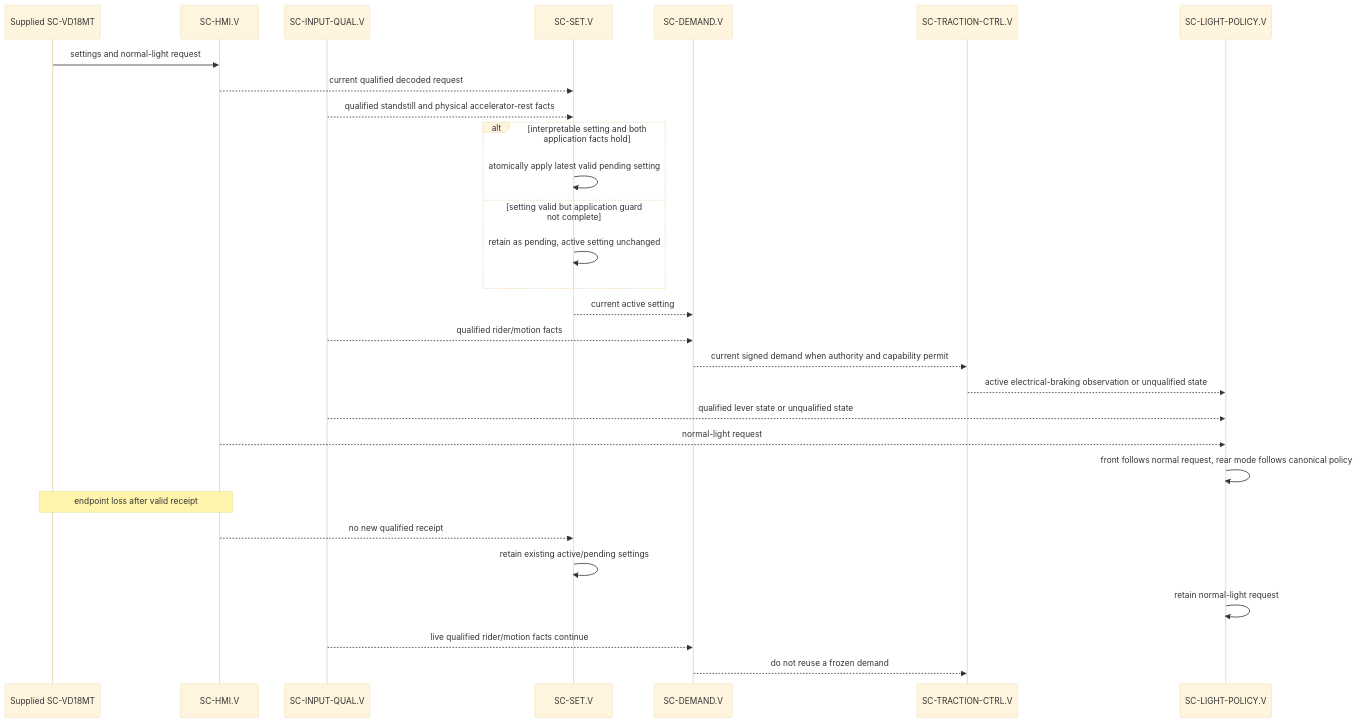
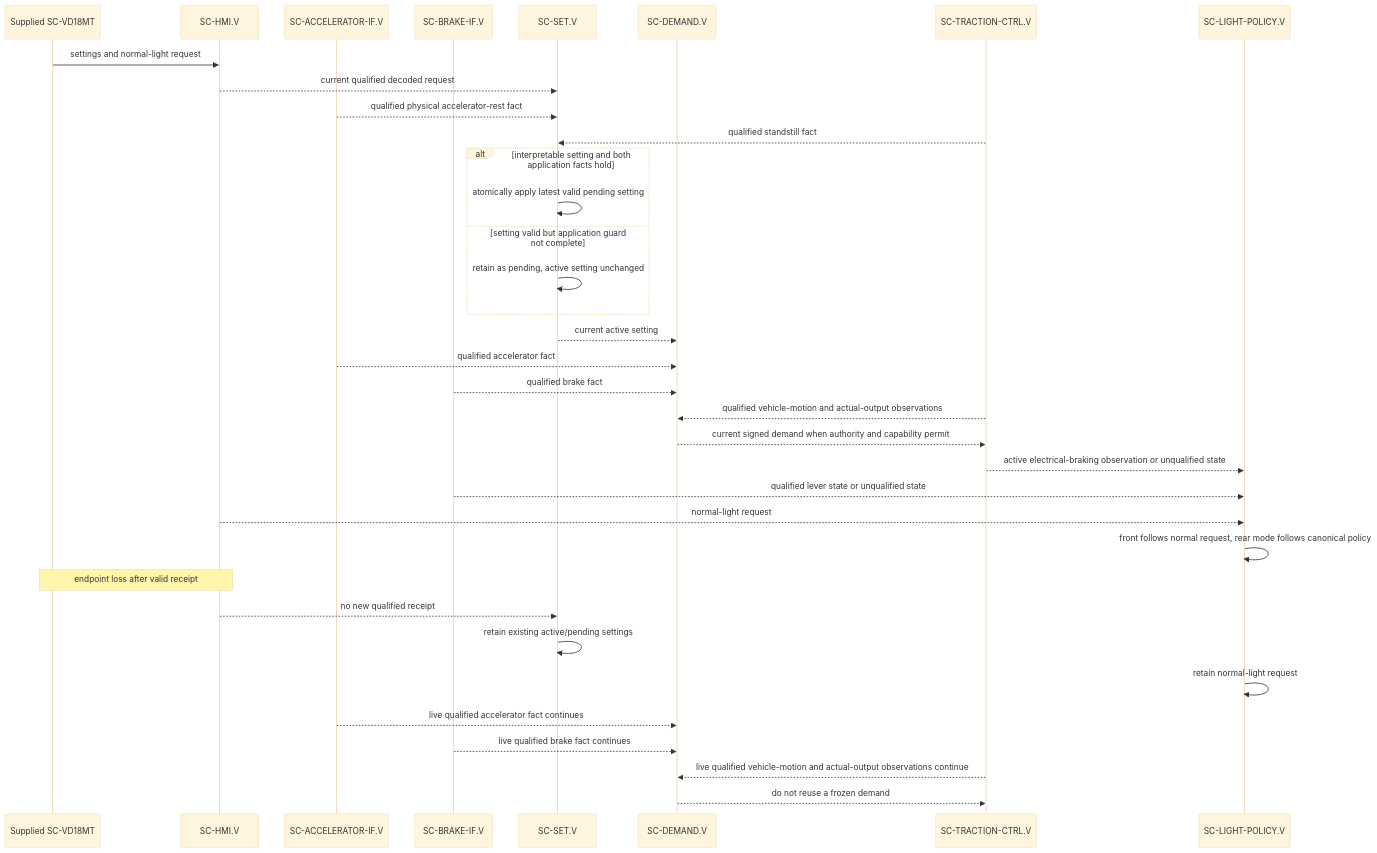
The sixth of 7 diagrams in .devenv/Architecture/DetailedDesign/DD-004_Dynamic_Software_Architecture_Views.md (dhellhake/X2CityMCU), drawn with Mermaid (base theme) before and after one commit. The commit also changed other lines of this file and 71 other files, not shown here.

Commit message:
Added Data-Flow to all architecture layers

````diff
--- a/.devenv/Architecture/DetailedDesign/DD-004_Dynamic_Software_Architecture_Views.md
+++ b/.devenv/Architecture/DetailedDesign/DD-004_Dynamic_Software_Architecture_Views.md
@@ -150,32 +188,38 @@
 ```mermaid
 sequenceDiagram
     participant VD as Supplied SC-VD18MT
     participant H as SC-HMI.V
-    participant I as SC-INPUT-QUAL.V
+    participant A as SC-ACCELERATOR-IF.V
+    participant B as SC-BRAKE-IF.V
     participant SET as SC-SET.V
     participant D as SC-DEMAND.V
     participant T as SC-TRACTION-CTRL.V
     participant L as SC-LIGHT-POLICY.V
 
     VD->>H: settings and normal-light request
     H-->>SET: current qualified decoded request
-    I-->>SET: qualified standstill and physical accelerator-rest facts
+    A-->>SET: qualified physical accelerator-rest fact
+    T-->>SET: qualified standstill fact
     alt interpretable setting and both application facts hold
         SET->>SET: atomically apply latest valid pending setting
     else setting valid but application guard not complete
         SET->>SET: retain as pending, active setting unchanged
     end
     SET-->>D: current active setting
-    I-->>D: qualified rider/motion facts
+    A-->>D: qualified accelerator fact
+    B-->>D: qualified brake fact
+    T-->>D: qualified vehicle-motion and actual-output observations
     D-->>T: current signed demand when authority and capability permit
     T-->>L: active electrical-braking observation or unqualified state
-    I-->>L: qualified lever state or unqualified state
+    B-->>L: qualified lever state or unqualified state
     H-->>L: normal-light request
     L->>L: front follows normal request, rear mode follows canonical policy
     Note over VD,H: endpoint loss after valid receipt
     H-->>SET: no new qualified receipt
     SET->>SET: retain existing active/pending settings
     L->>L: retain normal-light request
-    I-->>D: live qualified rider/motion facts continue
+    A-->>D: live qualified accelerator fact continues
+    B-->>D: live qualified brake fact continues
+    T-->>D: live qualified vehicle-motion and actual-output observations continue
     D-->>T: do not reuse a frozen demand
 ```
````
